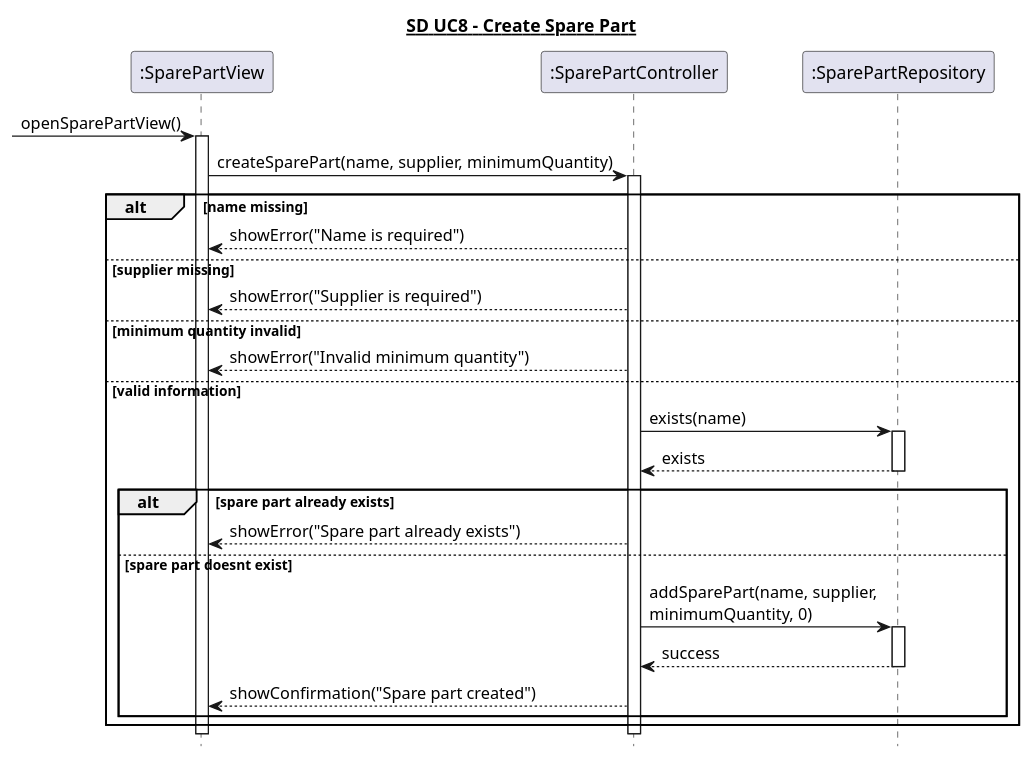
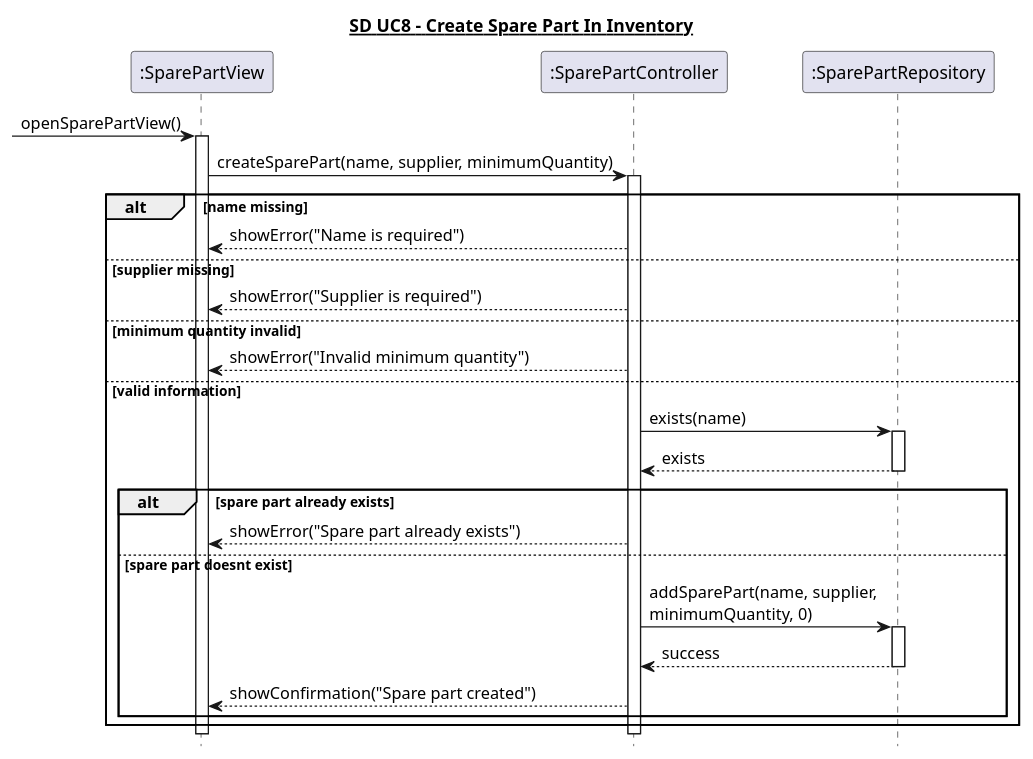
One commit to Zoabz/Getting-Real changed the diagram in 6. Sekvensdiagrammer/UC8_opret_reservedel.puml. Above: the diagram before and after it, drawn with PlantUML. The commit also changed 19 other files, not shown here.

```diff
--- a/6. Sekvensdiagrammer/UC8_opret_reservedel.puml
+++ b/6. Sekvensdiagrammer/UC8_opret_reservedel.puml
@@ -1,46 +1,46 @@
 @startuml
 hide footbox
-title <U>SD UC8 - Create Spare Part
+title <U>SD UC8 - Create Spare Part In Inventory</U>
 
 participant ":SparePartView" as View
 participant ":SparePartController" as Controller
 participant ":SparePartRepository" as Repository
 
 [-> View : openSparePartView()
 activate View
 
 View -> Controller : createSparePart(name, supplier, minimumQuantity)
 activate Controller
 
 alt name missing
     Controller --> View : showError("Name is required")
 
 else supplier missing
     Controller --> View : showError("Supplier is required")
 
 else minimum quantity invalid
     Controller --> View : showError("Invalid minimum quantity")
 
 else valid information
     Controller -> Repository : exists(name)
     activate Repository
     Repository --> Controller : exists
     deactivate Repository
 
     alt spare part already exists
         Controller --> View : showError("Spare part already exists")
 
     else spare part doesnt exist 
         Controller -> Repository : addSparePart(name, supplier,\nminimumQuantity, 0)
         activate Repository
         Repository --> Controller : success
         deactivate Repository
 
         Controller --> View : showConfirmation("Spare part created")
     end
 end
 
 deactivate Controller
 deactivate View
 
 @enduml
```
